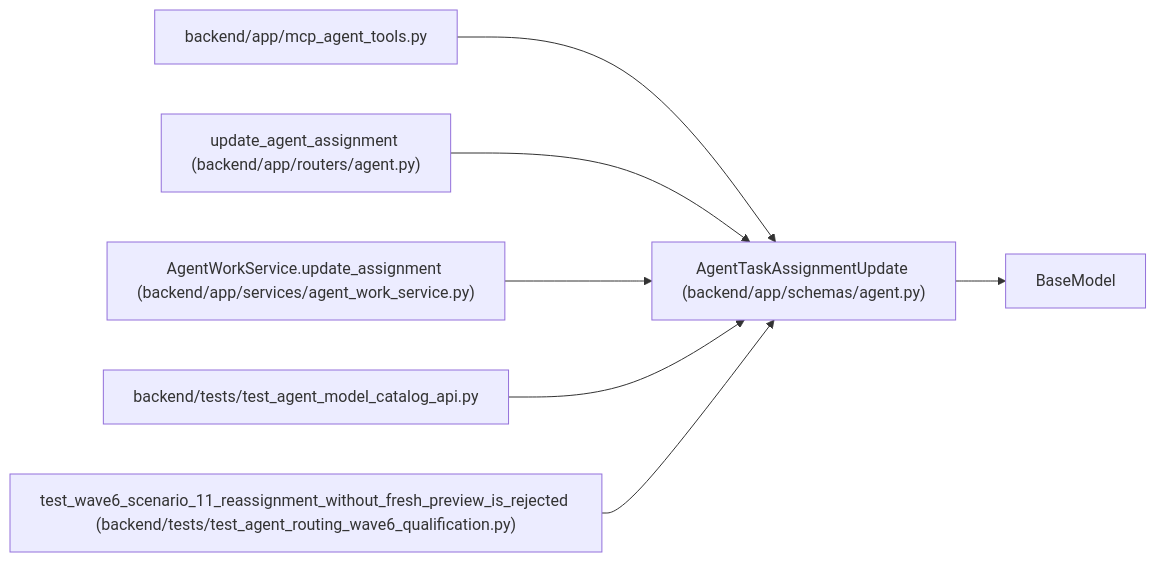
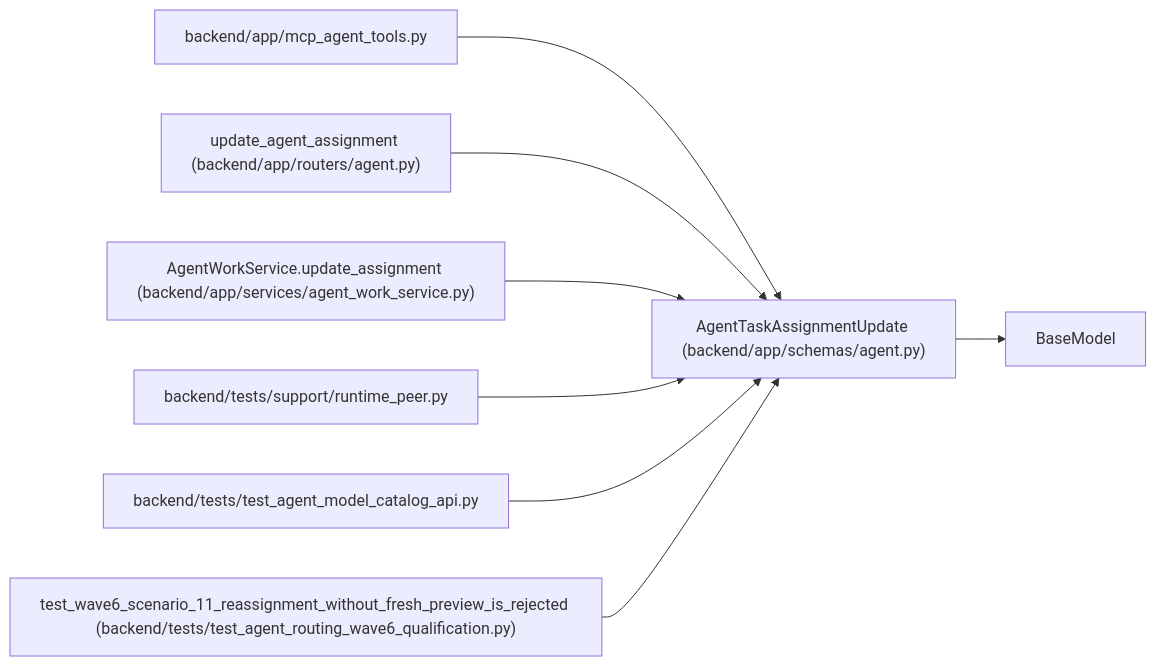
The diagram in docs/llm_wiki/entities/AgentTaskAssignmentUpdate.md (Denissvgn/WorkChord), drawn with Mermaid before and after one commit. The commit also changed other lines of this file and 6624 other files, not shown here.

````diff
--- a/docs/llm_wiki/entities/AgentTaskAssignmentUpdate.md
+++ b/docs/llm_wiki/entities/AgentTaskAssignmentUpdate.md
@@ -37,22 +37,25 @@
 ```mermaid
 flowchart LR
     n0["AgentTaskAssignmentUpdate (backend/app/schemas/agent.py)"]
     n1["BaseModel"]
     n2["backend/app/mcp_agent_tools.py"]
     n3["update_agent_assignment (backend/app/routers/agent.py)"]
     n4["AgentWorkService.update_assignment (backend/app/services/agent_work_service.py)"]
-    n5["backend/tests/test_agent_model_catalog_api.py"]
-    n6["test_wave6_scenario_11_reassignment_without_fresh_preview_is_rejected (backend/tests/test_agent_routing_wave6_qualification.py)"]
+    n5["backend/tests/support/runtime_peer.py"]
+    n6["backend/tests/test_agent_model_catalog_api.py"]
+    n7["test_wave6_scenario_11_reassignment_without_fresh_preview_is_rejected (backend/tests/test_agent_routing_wave6_qualification.py)"]
     n0 --> n1
     n2 --> n0
     n3 --> n0
     n4 --> n0
     n5 --> n0
     n6 --> n0
+    n7 --> n0
     click n0 "../modules/schemas_agent.md"
     click n2 "../modules/mcp_agent_tools.md"
     click n3 "../modules/routers_agent.md"
     click n4 "../modules/agent_work_service.md"
-    click n5 "../modules/test_agent_model_catalog_api.md"
-    click n6 "../modules/test_agent_routing_wave6_qualification.md"
+    click n5 "../modules/runtime_peer.md"
+    click n6 "../modules/test_agent_model_catalog_api.md"
+    click n7 "../modules/test_agent_routing_wave6_qualification.md"
 ```
````
